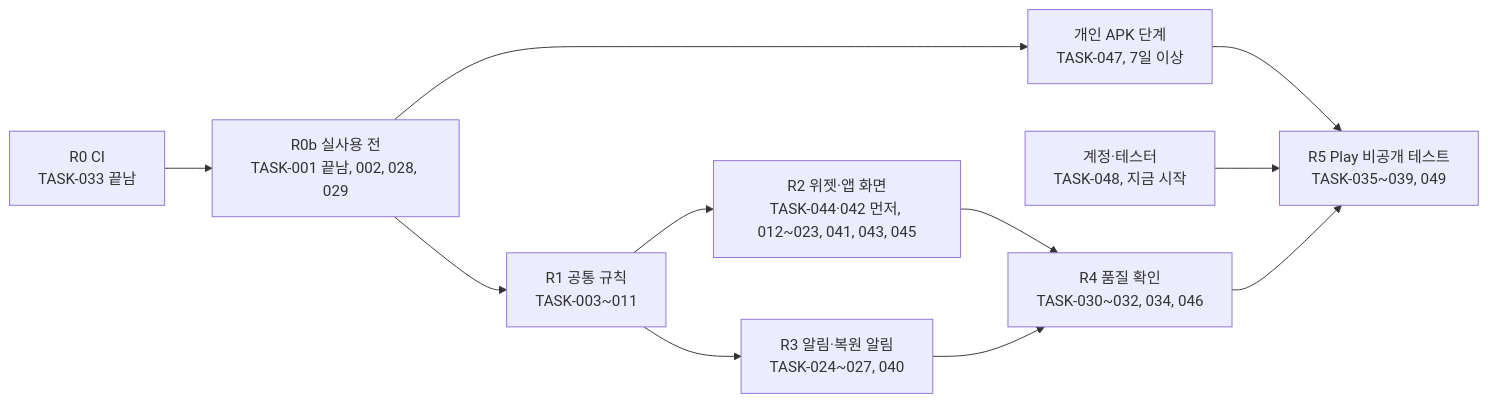
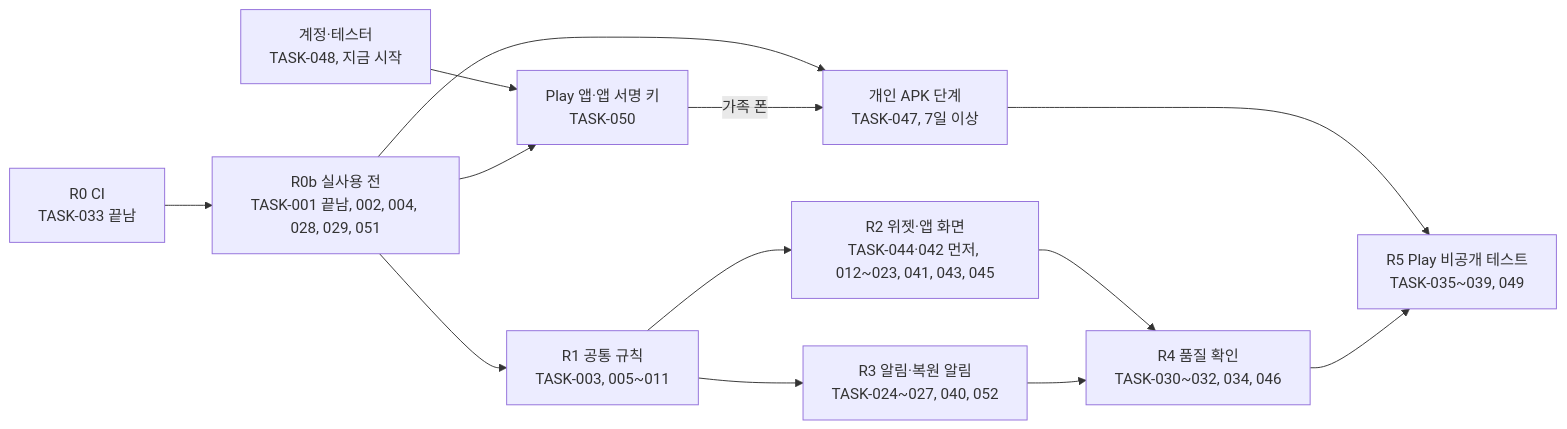
Before and after one commit to judangbang-ops/pillbadeum_release: the diagram in docs/08-wbs/wbs.md, drawn with Mermaid. The commit also changed other lines of this file and 9 other files, not shown here.

````diff
--- a/docs/08-wbs/wbs.md
+++ b/docs/08-wbs/wbs.md
@@ -128,13 +134,15 @@
 ```mermaid
 flowchart LR
-    R0["R0 CI<br/>TASK-033 끝남"] --> R0b["R0b 실사용 전<br/>TASK-001 끝남, 002, 028, 029"]
+    R0["R0 CI<br/>TASK-033 끝남"] --> R0b["R0b 실사용 전<br/>TASK-001 끝남, 002, 004, 028, 029, 051"]
     R0b --> P["개인 APK 단계<br/>TASK-047, 7일 이상"]
-    R0b --> R1["R1 공통 규칙<br/>TASK-003~011"]
+    R0b --> R1["R1 공통 규칙<br/>TASK-003, 005~011"]
+    A["계정·테스터<br/>TASK-048, 지금 시작"] --> K["Play 앱·앱 서명 키<br/>TASK-050"]
+    R0b --> K
+    K -->|가족 폰| P
     R1 --> R2["R2 위젯·앱 화면<br/>TASK-044·042 먼저, 012~023, 041, 043, 045"]
-    R1 --> R3["R3 알림·복원 알림<br/>TASK-024~027, 040"]
+    R1 --> R3["R3 알림·복원 알림<br/>TASK-024~027, 040, 052"]
     R2 --> R4["R4 품질 확인<br/>TASK-030~032, 034, 046"]
     R3 --> R4
     P --> R5
-    A["계정·테스터<br/>TASK-048, 지금 시작"] --> R5
     R4 --> R5["R5 Play 비공개 테스트<br/>TASK-035~039, 049"]
 ```
````
